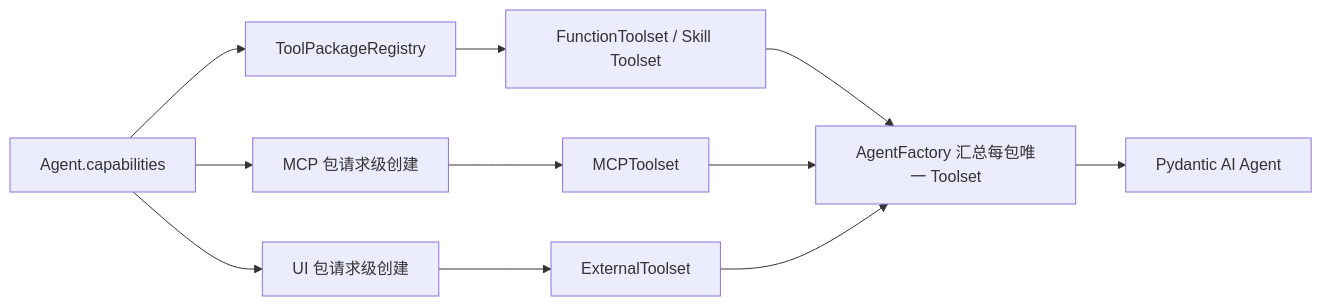
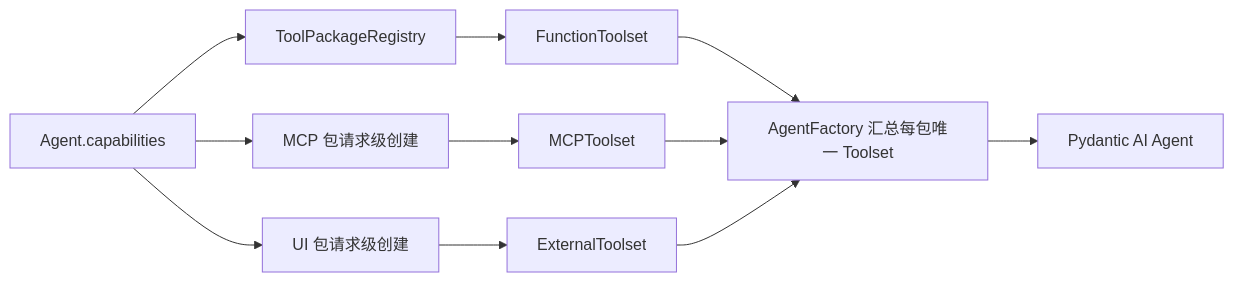
One commit to hxz1993/deep-agent changed the diagram in docs/design/11-tool-packages/tool-packages-design.md. Above: the diagram before and after it, drawn with Mermaid. The commit also changed other lines of this file and 87 other files, not shown here.

````diff
--- a/docs/design/11-tool-packages/tool-packages-design.md
+++ b/docs/design/11-tool-packages/tool-packages-design.md
@@ -111,13 +111,13 @@
 ```mermaid
 flowchart LR
     A["Agent.capabilities"] --> B["ToolPackageRegistry"]
     A --> C["MCP 包请求级创建"]
     A --> D["UI 包请求级创建"]
-    B --> E["FunctionToolset / Skill Toolset"]
+    B --> E["FunctionToolset"]
     C --> F["MCPToolset"]
     D --> G["ExternalToolset"]
     E --> H["AgentFactory 汇总每包唯一 Toolset"]
     F --> H
     G --> H
     H --> I["Pydantic AI Agent"]
 ```
````
